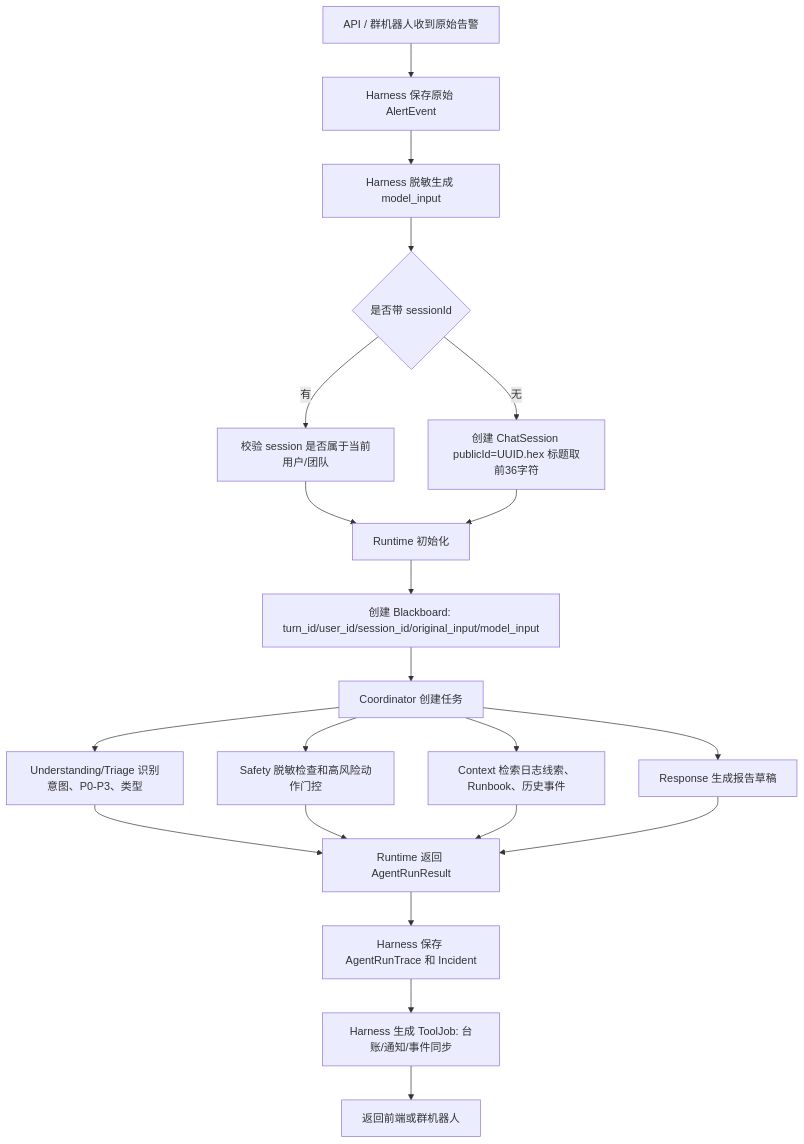
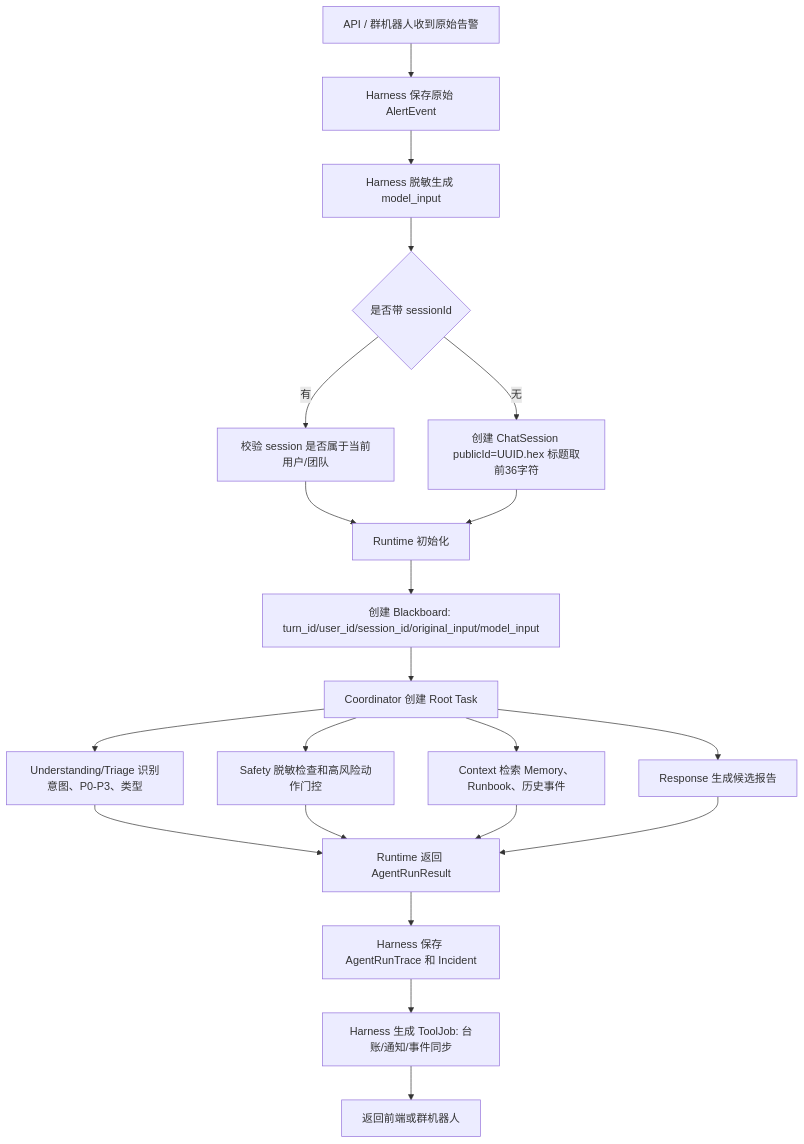
One commit to adandd-byte/EvoHarnessAlert changed the fourth of 4 diagrams in README.md. Above: the diagram before and after it, drawn with Mermaid. The commit also changed other lines of this file and 7 other files, not shown here.

````diff
--- a/README.md
+++ b/README.md
@@ -415,23 +465,23 @@
 ```mermaid
 flowchart TD
     A[API / 群机器人收到原始告警] --> B[Harness 保存原始 AlertEvent]
     B --> C[Harness 脱敏生成 model_input]
     C --> D{是否带 sessionId}
     D -->|有| E[校验 session 是否属于当前用户/团队]
     D -->|无| F[创建 ChatSession publicId=UUID.hex 标题取前36字符]
     E --> G[Runtime 初始化]
     F --> G
     G --> H[创建 Blackboard: turn_id/user_id/session_id/original_input/model_input]
-    H --> I[Coordinator 创建任务]
+    H --> I[Coordinator 创建 Root Task]
     I --> J[Understanding/Triage 识别意图、P0-P3、类型]
     I --> K[Safety 脱敏检查和高风险动作门控]
-    I --> L[Context 检索日志线索、Runbook、历史事件]
-    I --> M[Response 生成报告草稿]
+    I --> L[Context 检索 Memory、Runbook、历史事件]
+    I --> M[Response 生成候选报告]
     J --> N[Runtime 返回 AgentRunResult]
     K --> N
     L --> N
     M --> N
     N --> O[Harness 保存 AgentRunTrace 和 Incident]
     O --> P[Harness 生成 ToolJob: 台账/通知/事件同步]
     P --> Q[返回前端或群机器人]
 ```
````
